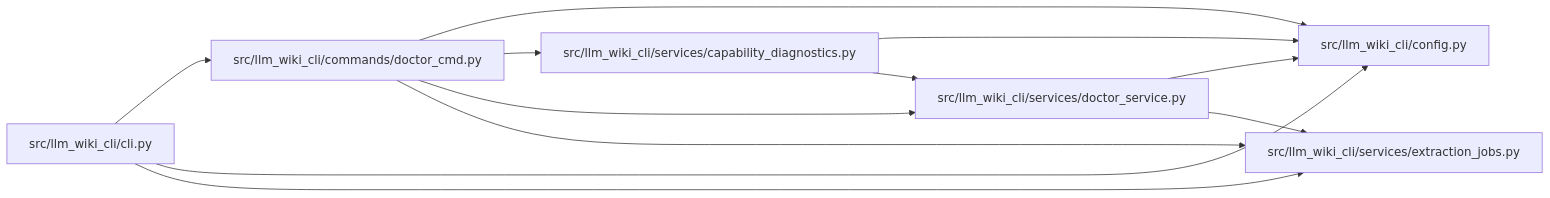
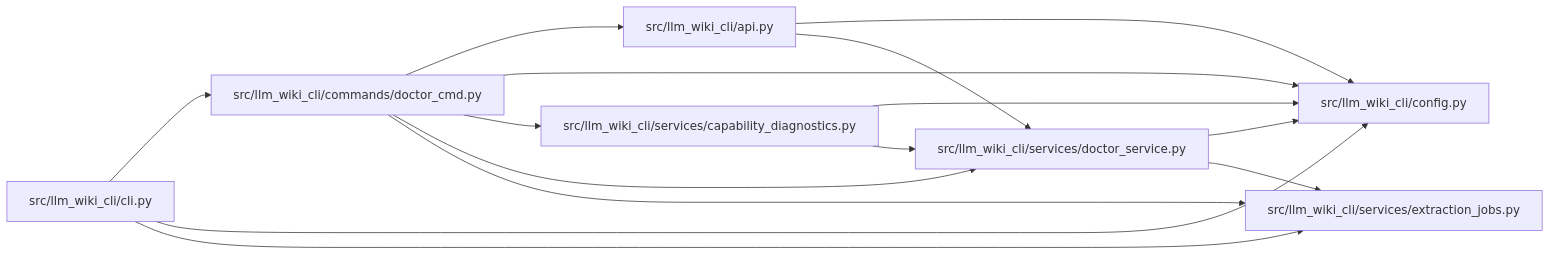
Before and after one commit to Denissvgn/python-wiki-llm: the diagram in docs/llm_wiki/modules/doctor_cmd.md, drawn with Mermaid. The commit also changed other lines of this file and 369 other files, not shown here.

Commit message:
docs(wiki): anchor analysis input preflight diagnostics

````diff
--- a/docs/llm_wiki/modules/doctor_cmd.md
+++ b/docs/llm_wiki/modules/doctor_cmd.md
@@ -26,26 +33,31 @@
 ```mermaid
 flowchart LR
-    n0["src/llm_wiki_cli/cli.py"]
-    n1["src/llm_wiki_cli/commands/doctor_cmd.py"]
-    n2["src/llm_wiki_cli/config.py"]
-    n3["src/llm_wiki_cli/services/capability_diagnostics.py"]
-    n4["src/llm_wiki_cli/services/doctor_service.py"]
-    n5["src/llm_wiki_cli/services/extraction_jobs.py"]
-    n0 --> n1
-    n0 --> n2
+    n0["src/llm_wiki_cli/api.py"]
+    n1["src/llm_wiki_cli/cli.py"]
+    n2["src/llm_wiki_cli/commands/doctor_cmd.py"]
+    n3["src/llm_wiki_cli/config.py"]
+    n4["src/llm_wiki_cli/services/capability_diagnostics.py"]
+    n5["src/llm_wiki_cli/services/doctor_service.py"]
+    n6["src/llm_wiki_cli/services/extraction_jobs.py"]
+    n0 --> n3
     n0 --> n5
     n1 --> n2
     n1 --> n3
-    n1 --> n4
-    n1 --> n5
-    n3 --> n2
-    n3 --> n4
-    n4 --> n2
+    n1 --> n6
+    n2 --> n0
+    n2 --> n3
+    n2 --> n4
+    n2 --> n5
+    n2 --> n6
+    n4 --> n3
     n4 --> n5
-    click n0 "../modules/cli.md"
-    click n1 "../modules/doctor_cmd.md"
-    click n2 "../modules/config.md"
-    click n3 "../modules/capability_diagnostics.md"
-    click n4 "../modules/doctor_service.md"
-    click n5 "../modules/extraction_jobs.md"
+    n5 --> n3
+    n5 --> n6
+    click n0 "../modules/api.md"
+    click n1 "../modules/cli.md"
+    click n2 "../modules/doctor_cmd.md"
+    click n3 "../modules/config.md"
+    click n4 "../modules/capability_diagnostics.md"
+    click n5 "../modules/doctor_service.md"
+    click n6 "../modules/extraction_jobs.md"
 ```
````
